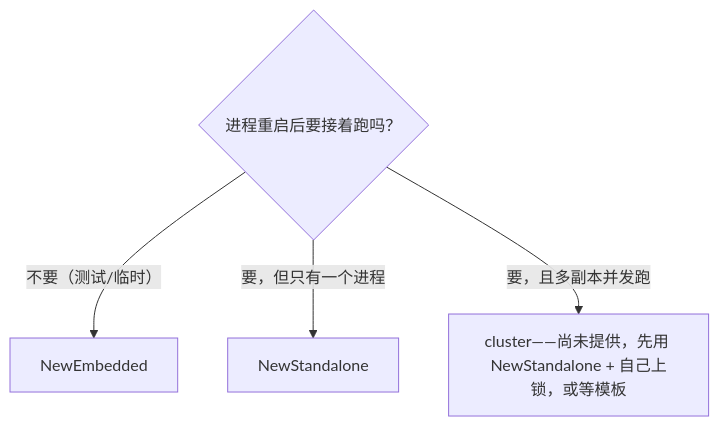
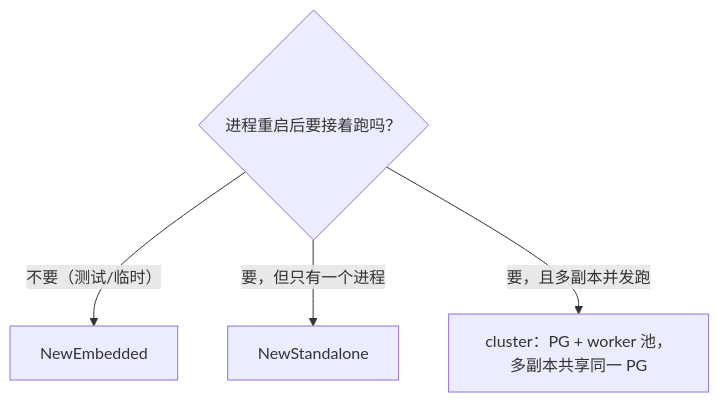
One commit to oagentkit/goagent-runtime changed the first of 2 diagrams in site/src/templates/README.md. Above: the diagram before and after it, drawn with Mermaid. The commit also changed other lines of this file and 18 other files, not shown here.

First line of the commit message:
feat(cluster)：多副本高可用模板（PG + worker 池）+ 业务幂等键接缝

````diff
--- a/site/src/templates/README.md
+++ b/site/src/templates/README.md
@@ -17,7 +18,7 @@
 ```mermaid
 flowchart TD
     Q1{"进程重启后要接着跑吗？"}
     Q1 -->|"不要（测试/临时）"| E["NewEmbedded"]
     Q1 -->|"要，但只有一个进程"| S["NewStandalone"]
-    Q1 -->|"要，且多副本并发跑"| C["cluster——尚未提供，先用 NewStandalone + 自己上锁，或等模板"]
+    Q1 -->|"要，且多副本并发跑"| C["cluster：PG + worker 池，多副本共享同一 PG"]
 ```
````
